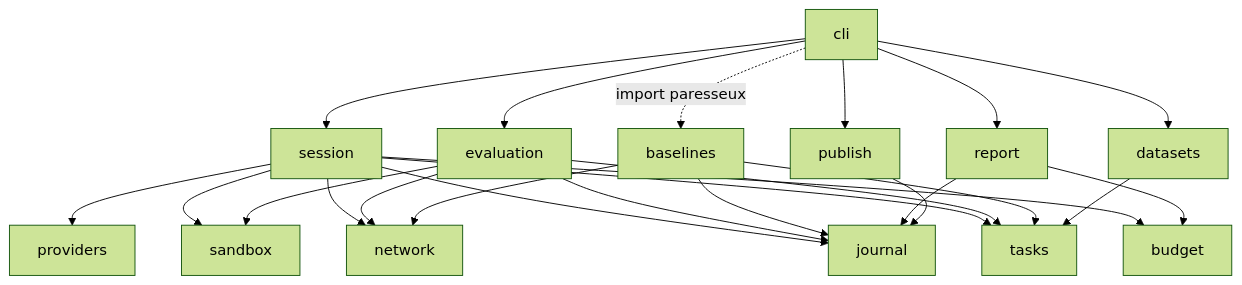
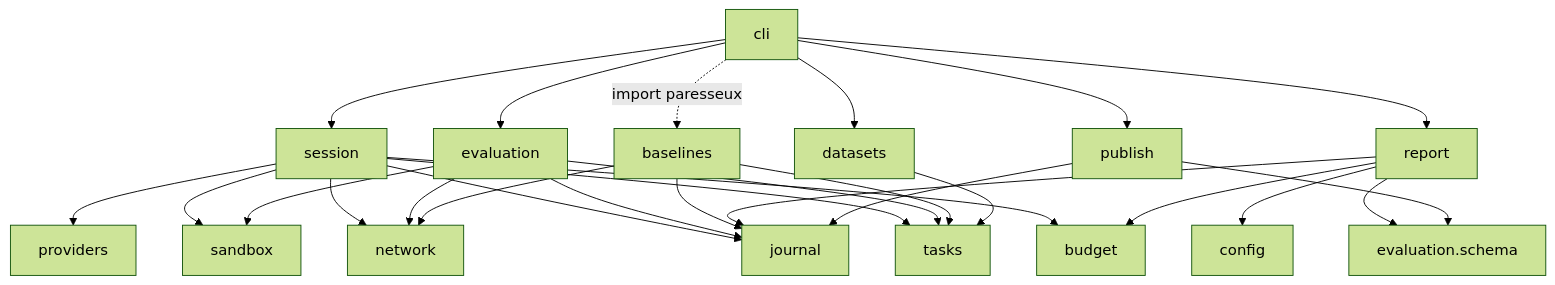
The first of 3 diagrams in _bmad-output/planning-artifacts/architecture/architecture-nn-weight-writing-2026-11-05/ARCHITECTURE-SPINE.md (Aliquanto3/nn-weight-writing), drawn with Mermaid (forest theme) before and after one commit. The commit also changed other lines of this file and 10 other files, not shown here.

````diff
--- a/_bmad-output/planning-artifacts/architecture/architecture-nn-weight-writing-2026-11-05/ARCHITECTURE-SPINE.md
+++ b/_bmad-output/planning-artifacts/architecture/architecture-nn-weight-writing-2026-11-05/ARCHITECTURE-SPINE.md
@@ -44,26 +44,29 @@
 ```mermaid
 graph TD
   cli[cli] --> session
   cli --> evaluation
   cli -. import paresseux .-> baselines
   cli --> report
   cli --> datasets
   cli --> publish
   session --> providers
   session --> sandbox
   session --> network
   session --> journal
   session --> tasks
   session --> budget
   evaluation --> network
   evaluation --> sandbox
   evaluation --> journal
   evaluation --> tasks
   baselines --> network
   baselines --> tasks
   baselines --> journal
   report --> journal
   report --> budget
+  report --> config
+  report --> evaluation.schema
   datasets --> tasks
   publish --> journal
+  publish --> evaluation.schema
 ```
````
